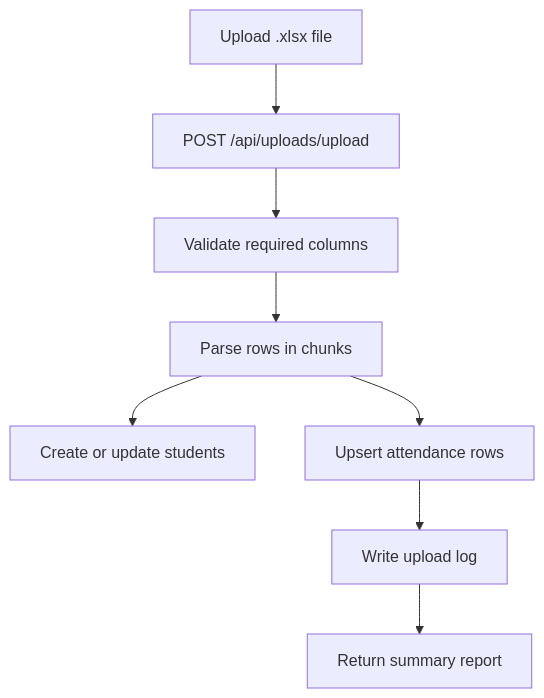
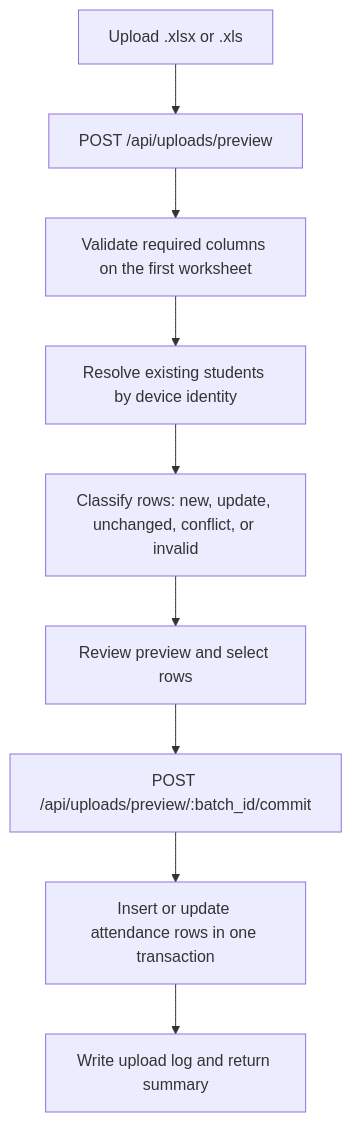
One commit to daoistmadness/operatoros changed the third of 3 diagrams in README.md. Above: the diagram before and after it, drawn with Mermaid. The commit also changed other lines of this file, not shown here.

````diff
--- a/README.md
+++ b/README.md
@@ -215,10 +360,11 @@
 ```mermaid
 flowchart TD
-  A[Upload .xlsx file] --> B[POST /api/uploads/upload]
-  B --> C[Validate required columns]
-  C --> D[Parse rows in chunks]
-  D --> E[Create or update students]
-  D --> F[Upsert attendance rows]
-  F --> G[Write upload log]
-  G --> H[Return summary report]
+  A["Upload .xlsx or .xls"] --> B["POST /api/uploads/preview"]
+  B --> C["Validate required columns on the first worksheet"]
+  C --> D["Resolve existing students by device identity"]
+  D --> E["Classify rows: new, update, unchanged, conflict, or invalid"]
+  E --> F["Review preview and select rows"]
+  F --> G["POST /api/uploads/preview/:batch_id/commit"]
+  G --> H["Insert or update attendance rows in one transaction"]
+  H --> I["Write upload log and return summary"]
 ```
````
